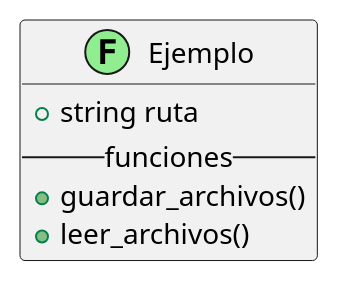
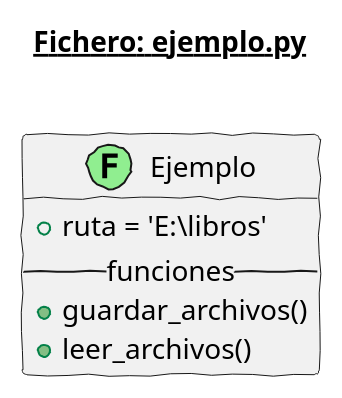
One commit to kewapo/pruebas changed the diagram in ejemplo.puml. Above: the diagram before and after it, drawn with PlantUML. The commit also changed 2 other files, not shown here.

Commit message:
guarda archivos, lee archivos y los copara con diagramas uml (PlantUML)

```diff
--- a/ejemplo.puml
+++ b/ejemplo.puml
@@ -1,10 +1,12 @@
 @startuml
+skinparam handwritten true
+title __Fichero: ejemplo.py__\n
 
 class Ejemplo <<(F,lightgreen)>> {
-+string ruta
++ruta = 'E:\\libros'
 -- funciones --
 +guardar_archivos()
 +leer_archivos()
 }
 
 @enduml
```
